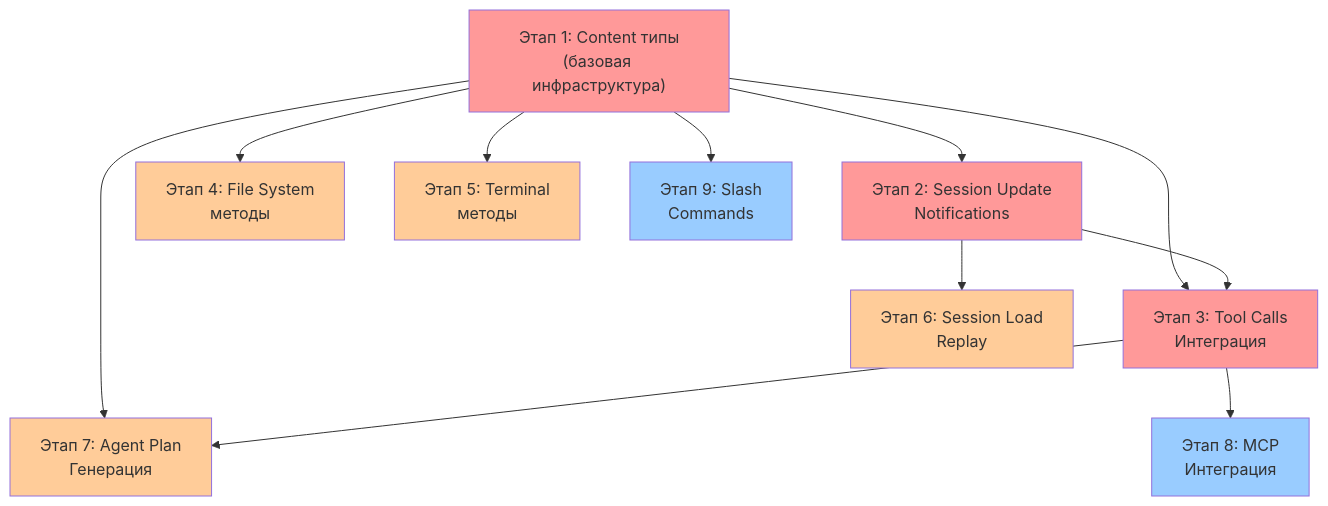
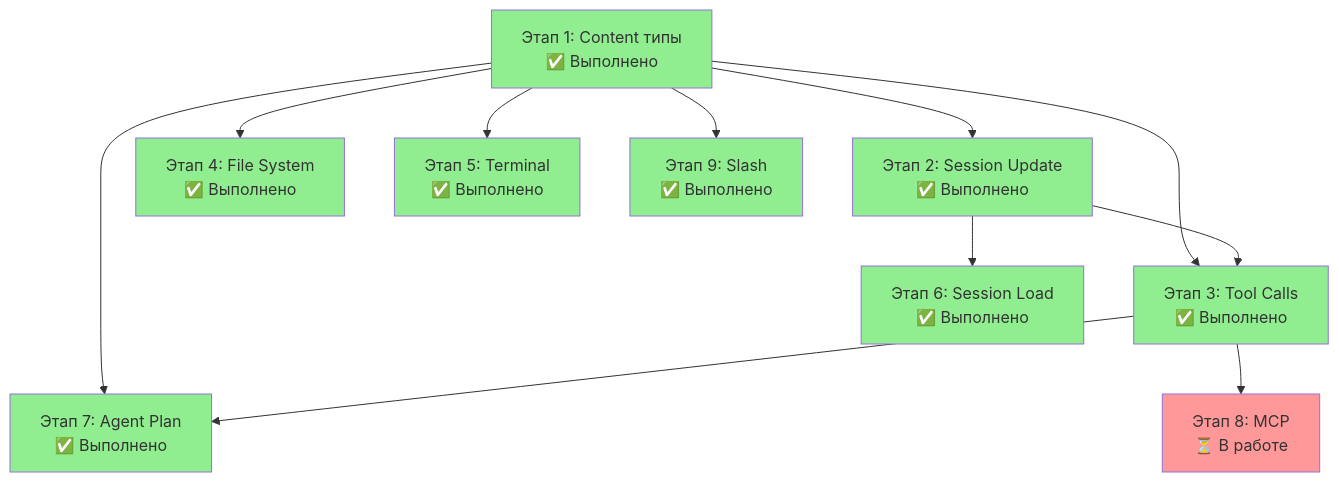
The first of 6 diagrams in plans/ACP_IMPROVEMENT_PLAN.md (pese-git/acp-workspace), drawn with Mermaid before and after one commit. The commit also changed other lines of this file, not shown here.

First line of the commit message:
docs: актуализация ACP_IMPROVEMENT_PLAN.md до 85% соответствия

````diff
--- a/plans/ACP_IMPROVEMENT_PLAN.md
+++ b/plans/ACP_IMPROVEMENT_PLAN.md
@@ -19,34 +51,34 @@
 ```mermaid
 graph TB
-    CT["Этап 1: Content типы<br/>(базовая инфраструктура)"]
-    SUN["Этап 2: Session Update<br/>Notifications"]
-    TC["Этап 3: Tool Calls<br/>Интеграция"]
-    FS["Этап 4: File System<br/>методы"]
-    TM["Этап 5: Terminal<br/>методы"]
-    SLR["Этап 6: Session Load<br/>Replay"]
-    AP["Этап 7: Agent Plan<br/>Генерация"]
-    MCP["Этап 8: MCP<br/>Интеграция"]
-    SC["Этап 9: Slash<br/>Commands"]
+    CT["Этап 1: Content типы<br/>✅ Выполнено"]
+    SUN["Этап 2: Session Update<br/>✅ Выполнено"]
+    TC["Этап 3: Tool Calls<br/>✅ Выполнено"]
+    FS["Этап 4: File System<br/>✅ Выполнено"]
+    TM["Этап 5: Terminal<br/>✅ Выполнено"]
+    SLR["Этап 6: Session Load<br/>✅ Выполнено"]
+    AP["Этап 7: Agent Plan<br/>✅ Выполнено"]
+    MCP["Этап 8: MCP<br/>⏳ В работе"]
+    SC["Этап 9: Slash<br/>✅ Выполнено"]
 
     CT --> SUN
     CT --> FS
     CT --> TM
     CT --> TC
     CT --> AP
     CT --> SC
 
     SUN --> TC
     TC --> AP
     TC --> MCP
     SUN --> SLR
 
-    style CT fill:#ff9999
-    style SUN fill:#ff9999
-    style TC fill:#ff9999
-    style FS fill:#ffcc99
-    style TM fill:#ffcc99
-    style SLR fill:#ffcc99
-    style AP fill:#ffcc99
-    style MCP fill:#99ccff
-    style SC fill:#99ccff
+    style CT fill:#90EE90
+    style SUN fill:#90EE90
+    style TC fill:#90EE90
+    style FS fill:#90EE90
+    style TM fill:#90EE90
+    style SLR fill:#90EE90
+    style AP fill:#90EE90
+    style MCP fill:#ff9999
+    style SC fill:#90EE90
 ```
````
